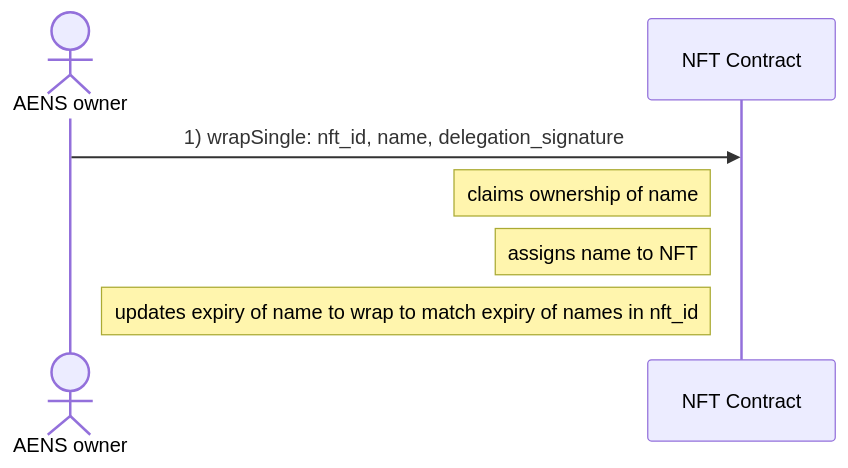
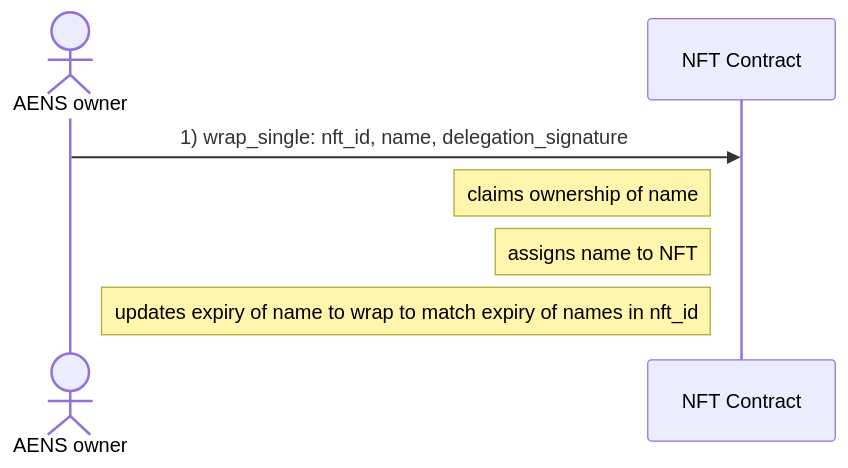
Before and after one commit to marc0olo/aens-nfts: the second of 3 diagrams in docs/diagrams/wrap_aens_names.md, drawn with Mermaid. The commit also changed other lines of this file and 17 other files, not shown here.

````diff
--- a/docs/diagrams/wrap_aens_names.md
+++ b/docs/diagrams/wrap_aens_names.md
@@ -21,8 +21,8 @@
 ```mermaid
 sequenceDiagram
     actor AENS owner
-    AENS owner ->> NFT Contract: 1) wrapSingle: nft_id, name, delegation_signature
+    AENS owner ->> NFT Contract: 1) wrap_single: nft_id, name, delegation_signature
     Note left of NFT Contract: claims ownership of name
     Note left of NFT Contract: assigns name to NFT
     Note left of NFT Contract: updates expiry of name to wrap to match expiry of names in nft_id
 ```
````
